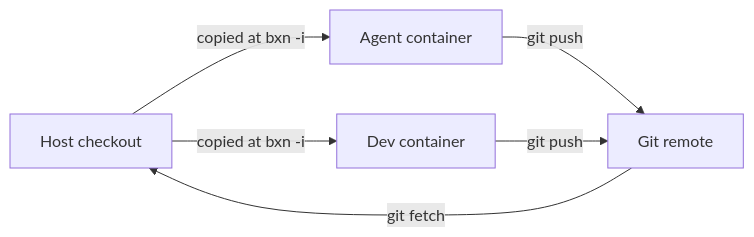
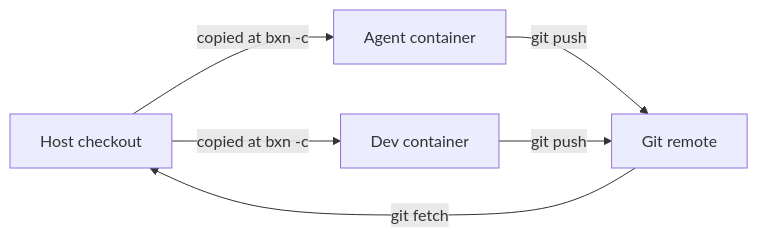
The diagram in README.md (MixTapeSoftware/agent_incus), drawn with Mermaid before and after one commit. The commit also changed other lines of this file and 8 other files, not shown here.

````diff
--- a/README.md
+++ b/README.md
@@ -323,8 +323,8 @@
 ```mermaid
 graph LR
-    H["Host checkout"] -- "copied at bxn -i" --> A["Agent container"]
-    H -- "copied at bxn -i" --> D["Dev container"]
+    H["Host checkout"] -- "copied at bxn -c" --> A["Agent container"]
+    H -- "copied at bxn -c" --> D["Dev container"]
     A -- "git push" --> R["Git remote"]
     D -- "git push" --> R
     R -- "git fetch" --> H
 ```
````
